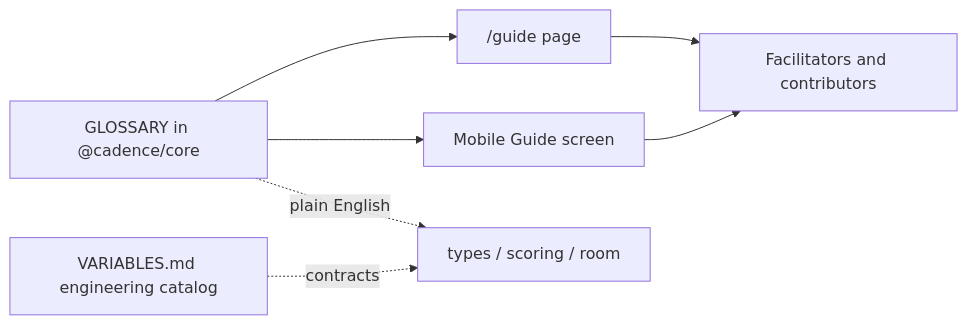
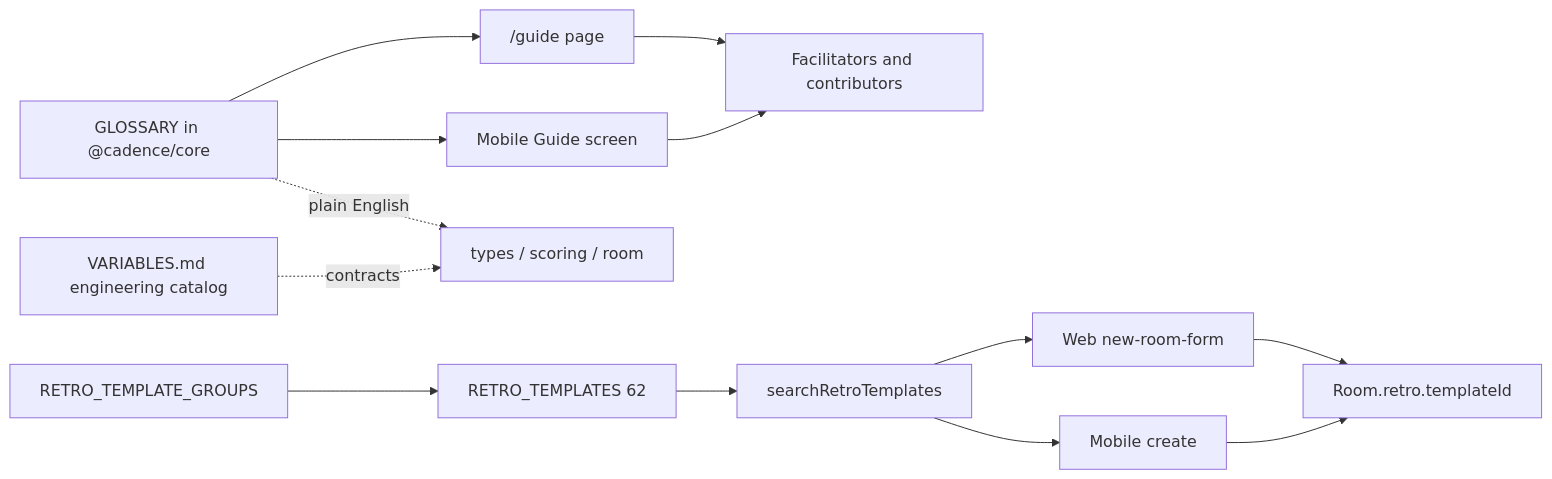
Before and after one commit to RifqiMT/pm-collaboration: the third of 3 diagrams in docs/VARIABLES.md, drawn with Mermaid. The commit also changed other lines of this file and 25 other files, not shown here.

````diff
--- a/docs/VARIABLES.md
+++ b/docs/VARIABLES.md
@@ -388,9 +391,15 @@
 ```mermaid
 flowchart LR
   GLOSSARY[GLOSSARY in @cadence/core] --> WebGuide["/guide page"]
   GLOSSARY --> MobileGuide[Mobile Guide screen]
   WebGuide --> Users[Facilitators and contributors]
   MobileGuide --> Users
   VARIABLES[VARIABLES.md engineering catalog] -.->|contracts| CoreCode[types / scoring / room]
   GLOSSARY -.->|plain English| CoreCode
+  Shelves[RETRO_TEMPLATE_GROUPS] --> Templates[RETRO_TEMPLATES 62]
+  Templates --> Search[searchRetroTemplates]
+  Search --> WebCreate[Web new-room-form]
+  Search --> MobileCreate[Mobile create]
+  WebCreate --> templateId[Room.retro.templateId]
+  MobileCreate --> templateId
 ```
````
